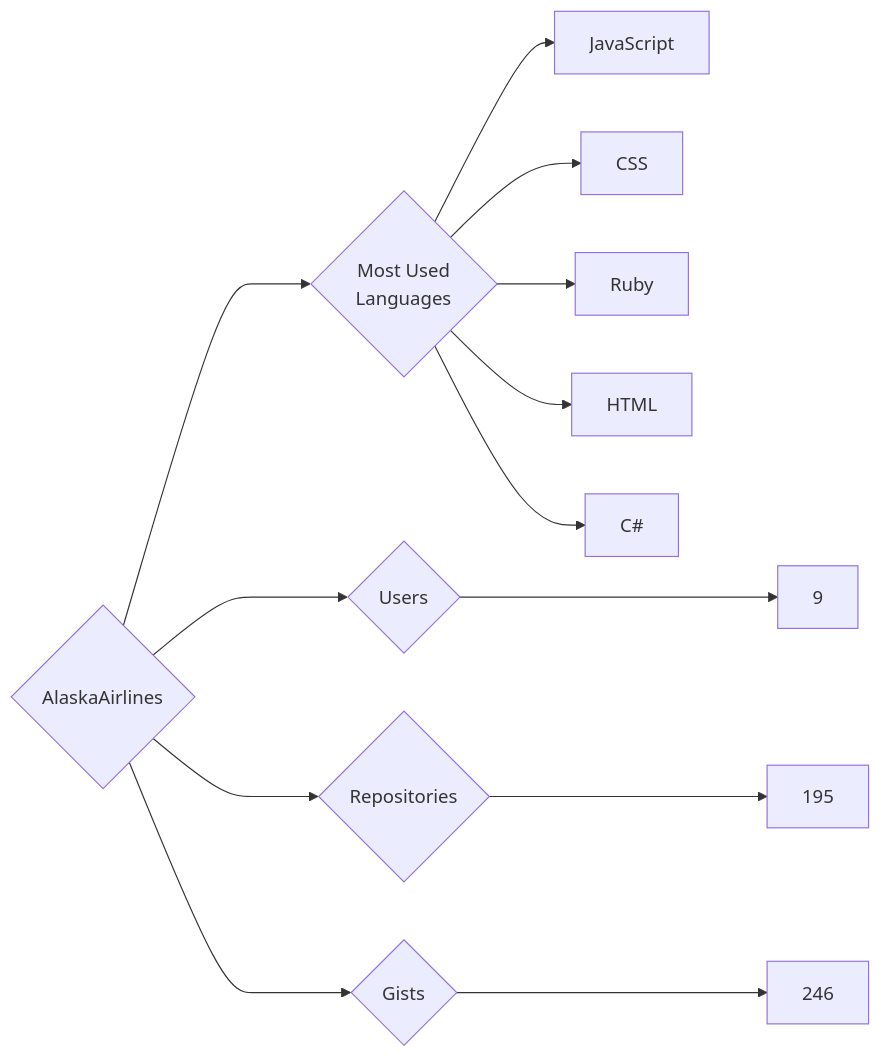
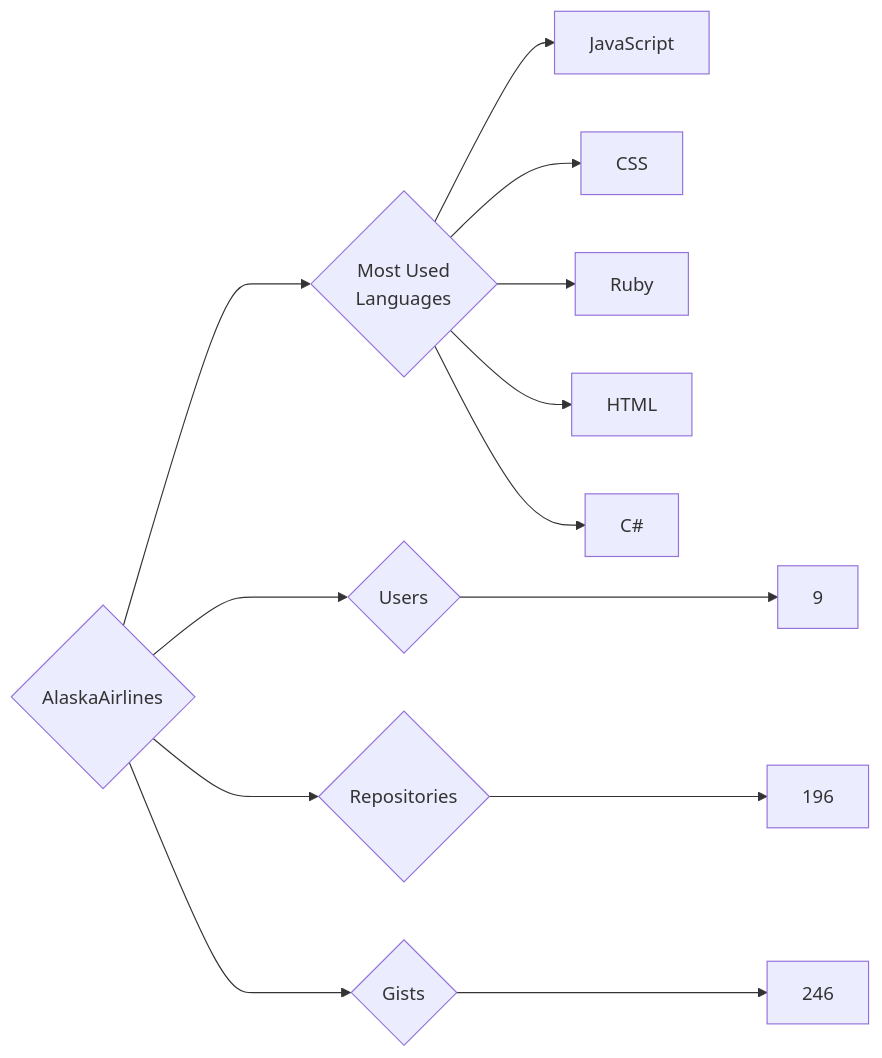
Before and after one commit to trickest/insiders: the diagram in targets/AlaskaAirlines/README.md, drawn with Mermaid. The commit also changed 895 other files, not shown here.

````diff
--- a/targets/AlaskaAirlines/README.md
+++ b/targets/AlaskaAirlines/README.md
@@ -3,13 +3,13 @@
 ```mermaid
 graph LR
 COMPANY_NAME{AlaskaAirlines}
 COMPANY_NAME ---> U{Users} ---> UN[9]
-COMPANY_NAME ---> R{Repositories} ---> RN[195]
+COMPANY_NAME ---> R{Repositories} ---> RN[196]
 COMPANY_NAME ---> G{Gists} ---> GN[246]
 COMPANY_NAME ---> ML{Most Used<br>Languages}
 ML --> JavaScript[JavaScript]
 ML --> CSS[CSS]
 ML --> Ruby[Ruby]
 ML --> HTML[HTML]
 ML --> C#[C#]
 ```
````
